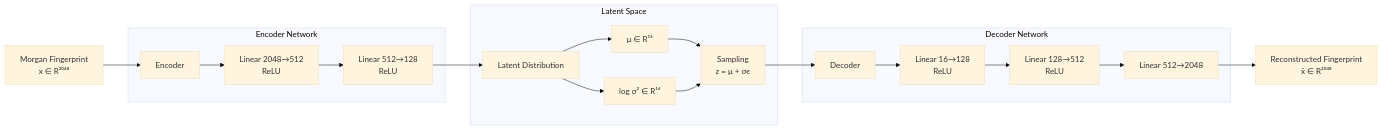
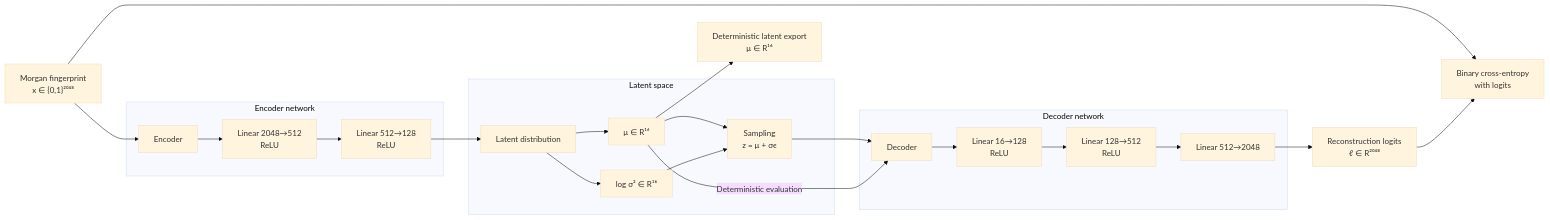
The second of 2 diagrams in docs/METHODOLOGY.md (rizonehyseni/Latent-Space-Explorer), drawn with Mermaid (base theme) before and after one commit.

Commit message:
Revise methodology documentation for VAE implementation
Updated the methodology document to include detailed descriptions of the molecular latent space explorer, including the VAE architecture, preprocessing steps, and evaluation metrics.

````diff
--- a/docs/METHODOLOGY.md
+++ b/docs/METHODOLOGY.md
@@ -122,30 +122,33 @@
 ```mermaid
 flowchart LR
+    A["Morgan fingerprint<br/>x ∈ {0,1}²⁰⁴⁸"] --> B["Encoder"]
 
-    A["Morgan Fingerprint<br/>x ∈ R²⁰⁴⁸"] --> B["Encoder"]
-
-    subgraph ENC["Encoder Network"]
+    subgraph ENC["Encoder network"]
         B --> C["Linear 2048→512<br/>ReLU"]
         C --> D["Linear 512→128<br/>ReLU"]
     end
 
-    D --> E["Latent Distribution"]
+    D --> E["Latent distribution"]
 
-    subgraph LAT["Latent Space"]
+    subgraph LAT["Latent space"]
         E --> F["μ ∈ R¹⁶"]
         E --> G["log σ² ∈ R¹⁶"]
         F --> H["Sampling<br/>z = μ + σϵ"]
         G --> H
     end
 
     H --> I["Decoder"]
+    F -->|"Deterministic evaluation"| I
+    F --> N["Deterministic latent export<br/>μ ∈ R¹⁶"]
 
-    subgraph DEC["Decoder Network"]
+    subgraph DEC["Decoder network"]
         I --> J["Linear 16→128<br/>ReLU"]
         J --> K["Linear 128→512<br/>ReLU"]
         K --> L["Linear 512→2048"]
     end
 
-    L --> M["Reconstructed Fingerprint<br/>x̂ ∈ R²⁰⁴⁸"]
+    L --> M["Reconstruction logits<br/>ℓ ∈ R²⁰⁴⁸"]
+    A --> O["Binary cross-entropy<br/>with logits"]
+    M --> O
 
 ```
````
